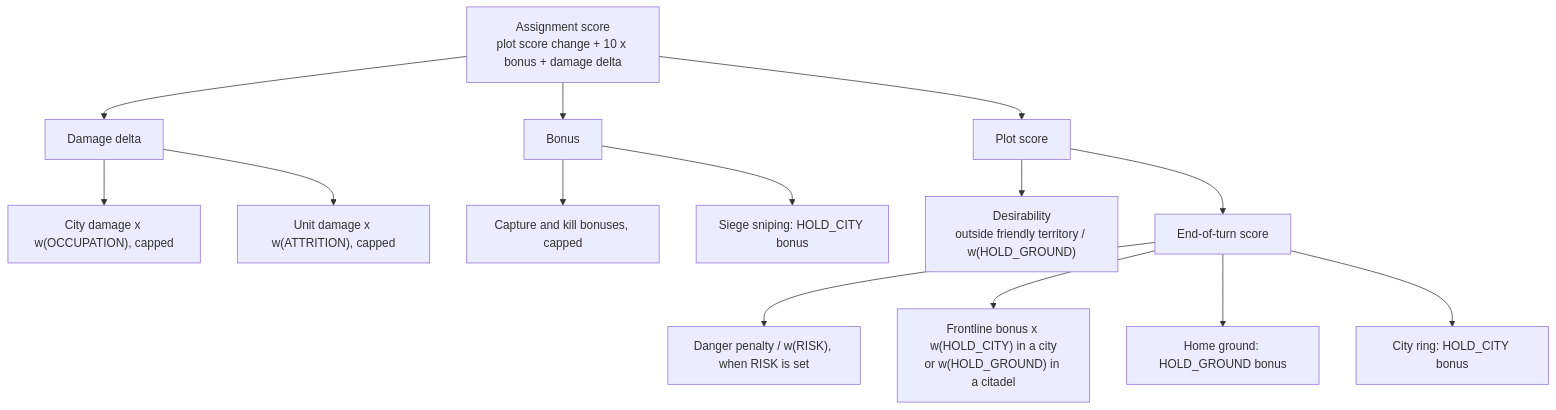
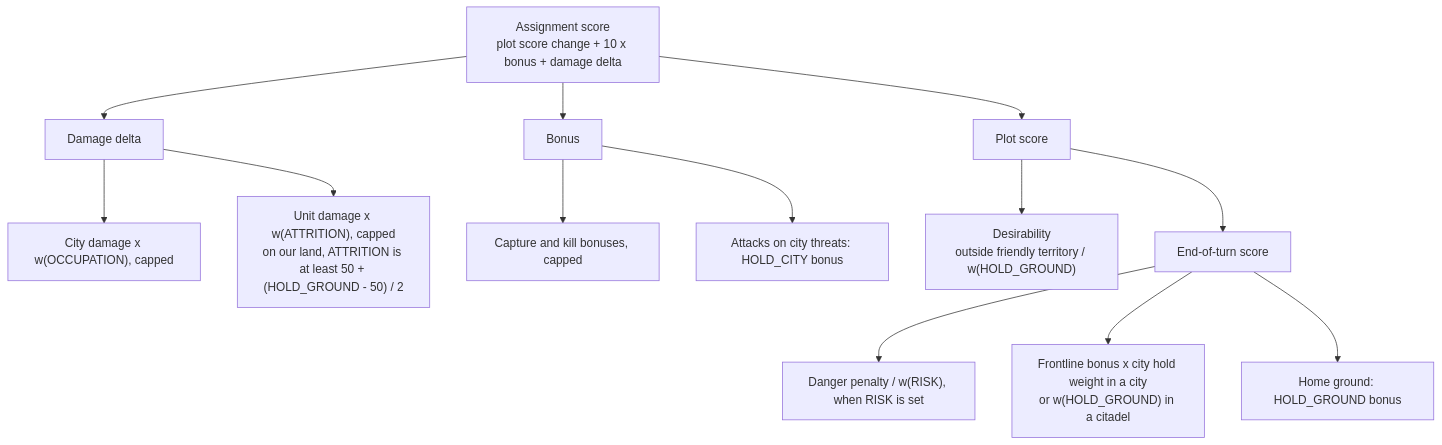
The second of 2 diagrams in docs/developers/civ5-dll/unit-ai/military-tactical-flavors.md (L1TTL3H0rSE/vox-deorum), drawn with Mermaid before and after one commit. The commit also changed other lines of this file, not shown here.

````diff
--- a/docs/developers/civ5-dll/unit-ai/military-tactical-flavors.md
+++ b/docs/developers/civ5-dll/unit-ai/military-tactical-flavors.md
@@ -128,17 +128,16 @@
 ```mermaid
 flowchart TD
     S[Assignment score<br/>plot score change + 10 x bonus + damage delta]
     S --> D[Damage delta]
     S --> B[Bonus]
     S --> P[Plot score]
     D --> D1["City damage x w(OCCUPATION), capped"]
-    D --> D2["Unit damage x w(ATTRITION), capped"]
+    D --> D2["Unit damage x w(ATTRITION), capped<br/>on our land, ATTRITION is at least 50 + (HOLD_GROUND - 50) / 2"]
     B --> B1["Capture and kill bonuses, capped"]
-    B --> B2["Siege sniping: HOLD_CITY bonus"]
+    B --> B2["Attacks on city threats: HOLD_CITY bonus"]
     P --> P1["Desirability<br/>outside friendly territory / w(HOLD_GROUND)"]
     P --> P2[End-of-turn score]
     P2 --> E1["Danger penalty / w(RISK), when RISK is set"]
-    P2 --> E2["Frontline bonus x w(HOLD_CITY) in a city<br/>or w(HOLD_GROUND) in a citadel"]
+    P2 --> E2["Frontline bonus x city hold weight in a city<br/>or w(HOLD_GROUND) in a citadel"]
     P2 --> E3["Home ground: HOLD_GROUND bonus"]
-    P2 --> E4["City ring: HOLD_CITY bonus"]
 ```
````
